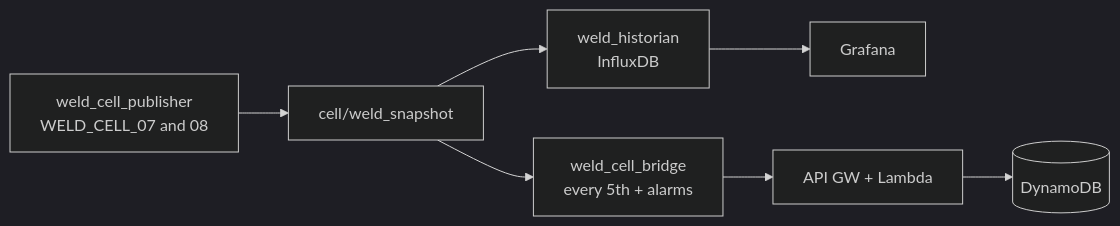
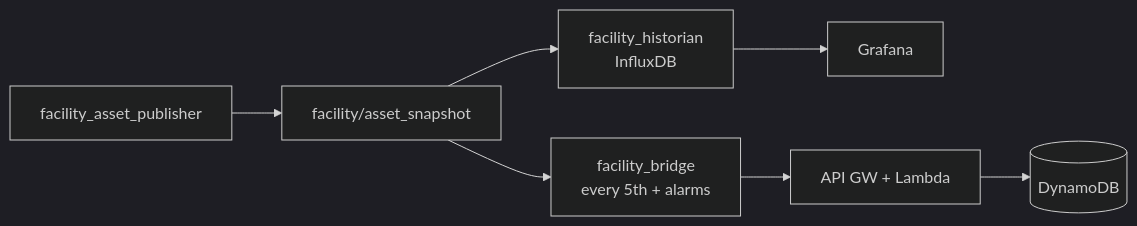
The diagram in README.md (jurmanec/ros2-cell-telemetry-bridge), drawn with Mermaid (dark theme) before and after one commit. The commit also changed other lines of this file and 42 other files, not shown here.

First line of the commit message:
Parameterize facility hall timelines and slim the public docs for a v3 freeze.

````diff
--- a/README.md
+++ b/README.md
@@ -41,9 +20,9 @@
 ```mermaid
 flowchart LR
-  Cells["weld_cell_publisher\nWELD_CELL_07 and 08"] --> Topic["cell/weld_snapshot"]
-  Topic --> Hist["weld_historian\nInfluxDB"]
-  Topic --> Bridge["weld_cell_bridge\nevery 5th + alarms"]
+  Assets["facility_asset_publisher"] --> Topic["facility/asset_snapshot"]
+  Topic --> Hist["facility_historian\nInfluxDB"]
+  Topic --> Bridge["facility_bridge\nevery 5th + alarms"]
   Hist --> Board["Grafana"]
   Bridge --> Ingest["API GW + Lambda"]
   Ingest --> DDB[(DynamoDB)]
 ```
````
